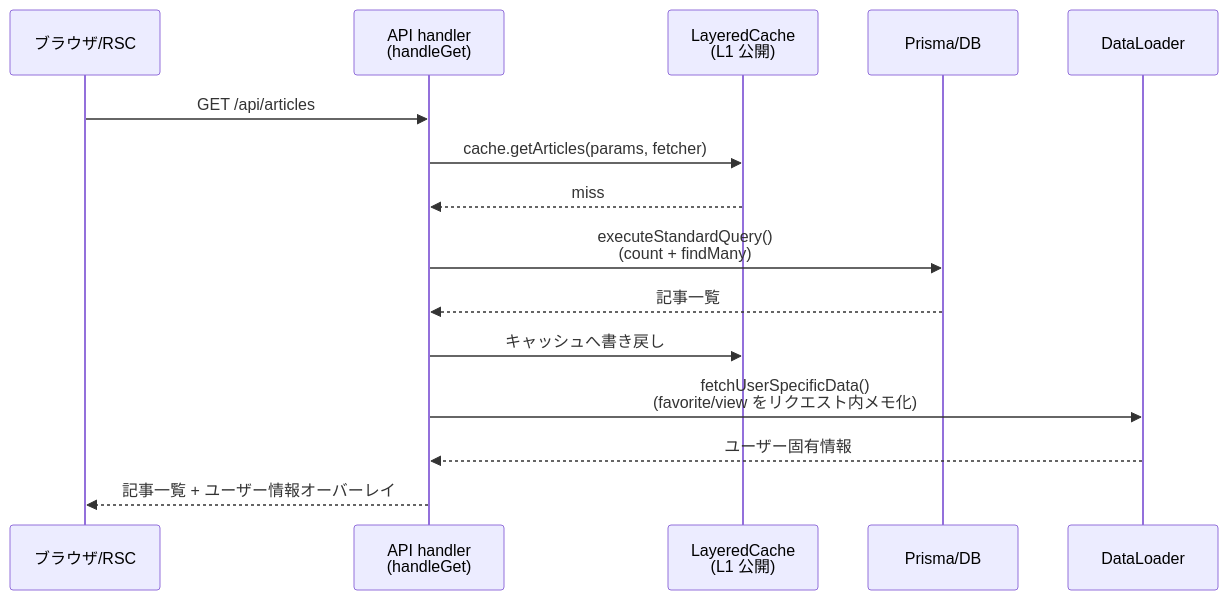
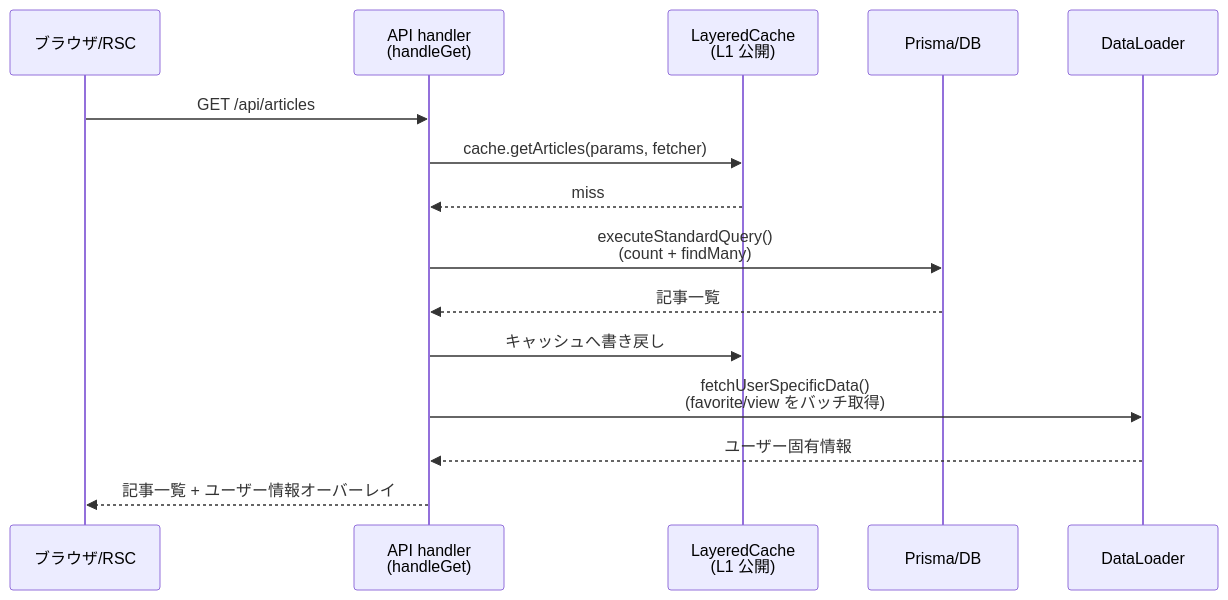
Before and after one commit to pawafulu7/techtrend: the second of 2 diagrams in docs/architecture/03-request-flow.md, drawn with Mermaid. The commit also changed other lines of this file and 8 other files, not shown here.

First line of the commit message:
docs(architecture): cross-review で判明した事実誤認を修正

````diff
--- a/docs/architecture/03-request-flow.md
+++ b/docs/architecture/03-request-flow.md
@@ -52,18 +54,18 @@
 ```mermaid
 sequenceDiagram
     participant C as ブラウザ/RSC
     participant A as API handler<br/>(handleGet)
     participant L1 as LayeredCache<br/>(L1 公開)
     participant DB as Prisma/DB
     participant DL as DataLoader
 
     C->>A: GET /api/articles
     A->>L1: cache.getArticles(params, fetcher)
     L1-->>A: miss
     A->>DB: executeStandardQuery()<br/>(count + findMany)
     DB-->>A: 記事一覧
     A->>L1: キャッシュへ書き戻し
-    A->>DL: fetchUserSpecificData()<br/>(favorite/view をリクエスト内メモ化)
+    A->>DL: fetchUserSpecificData()<br/>(favorite/view をバッチ取得)
     DL-->>A: ユーザー固有情報
     A-->>C: 記事一覧 + ユーザー情報オーバーレイ
 ```
````
